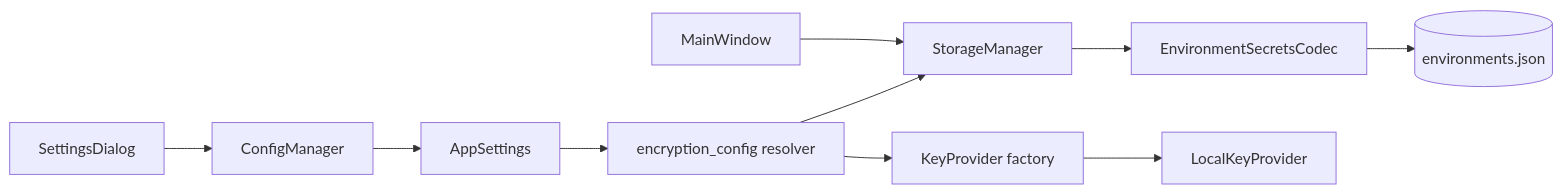
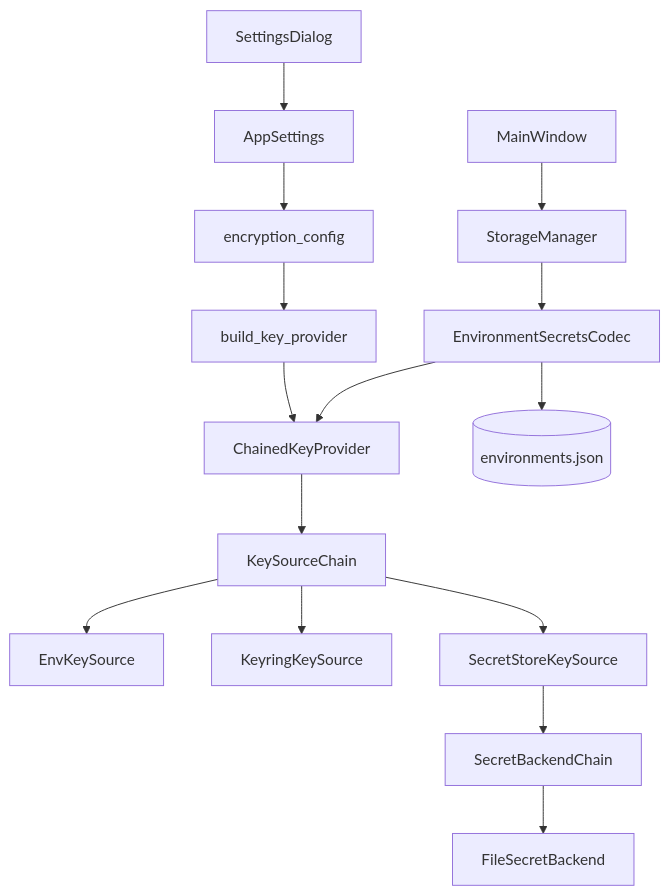
The diagram in doc/dev/environment_encryption_at_rest.md (koctep/pypost), drawn with Mermaid before and after one commit. The commit also changed other lines of this file and 27 other files, not shown here.

First line of the commit message:
feature(encryption): PYPOST-483 add key provider chain and rotation

````diff
--- a/doc/dev/environment_encryption_at_rest.md
+++ b/doc/dev/environment_encryption_at_rest.md
@@ -15,12 +17,17 @@
 ```mermaid
-flowchart LR
-  UI[SettingsDialog] --> CM[ConfigManager]
-  CM --> AS[AppSettings]
+flowchart TD
+  UI[SettingsDialog] --> AS[AppSettings]
   MW[MainWindow] --> SM[StorageManager]
-  AS --> EC[encryption_config resolver]
-  EC --> SM
-  EC --> KP[KeyProvider factory]
-  KP --> LKP[LocalKeyProvider]
+  AS --> EC[encryption_config]
+  EC --> BKP[build_key_provider]
+  BKP --> CKP[ChainedKeyProvider]
+  CKP --> KSC[KeySourceChain]
+  KSC --> EKS[EnvKeySource]
+  KSC --> KRS[KeyringKeySource]
+  KSC --> SSS[SecretStoreKeySource]
+  SSS --> SBC[SecretBackendChain]
+  SBC --> SBF[FileSecretBackend]
   SM --> ESC[EnvironmentSecretsCodec]
+  ESC --> CKP
   ESC --> ENV[(environments.json)]
 ```
````
